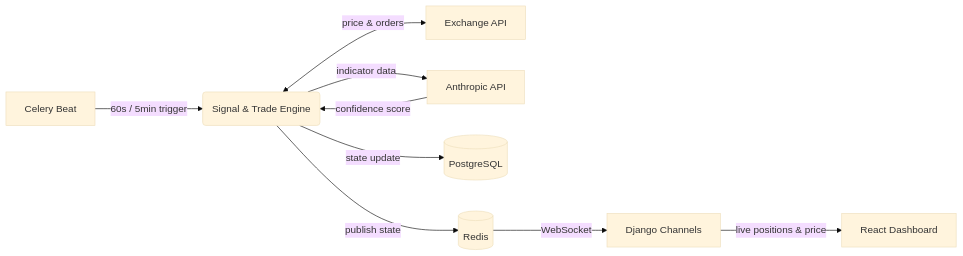
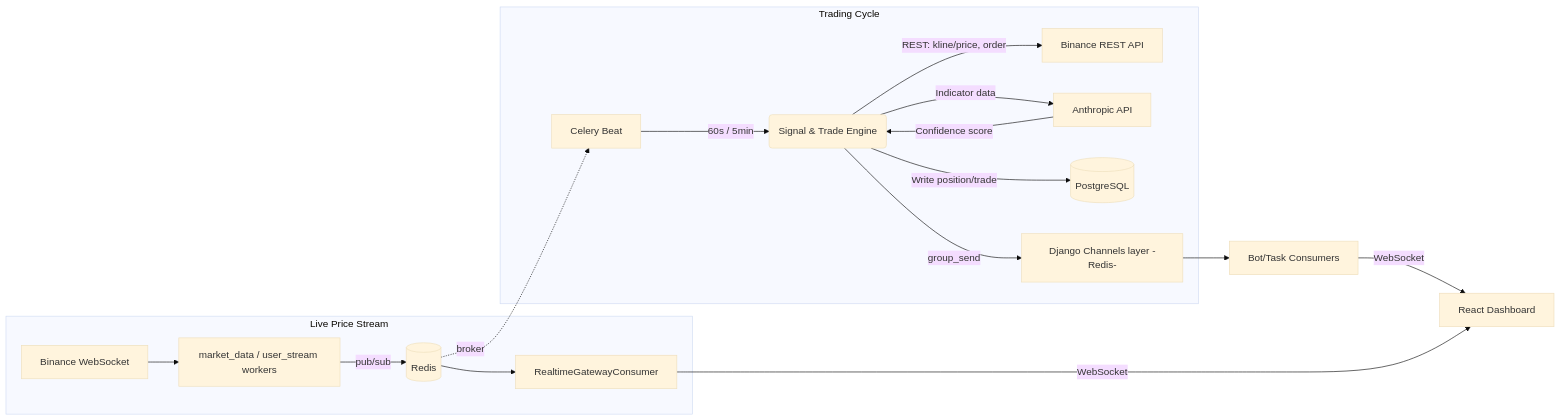
Before and after one commit to colonel51/colonel51: the second of 4 diagrams in README.md, drawn with Mermaid (base theme). The commit also changed other lines of this file, not shown here.

Commit message:
Replace flagship diagrams with more detailed architecture flows (auth, cache/session DBs, dual notification paths)

````diff
--- a/README.md
+++ b/README.md
@@ -96,11 +121,23 @@
 ```mermaid
 graph LR
-    Beat[Celery Beat] -->|60s / 5min trigger| Engine(Signal & Trade Engine)
-    Engine <-->|price & orders| Binance[Exchange API]
-    Engine -->|indicator data| AI[Anthropic API]
-    AI -->|confidence score| Engine
-    Engine -->|state update| DB[(PostgreSQL)]
-    Engine -->|publish state| Redis[(Redis)]
-    Redis -->|WebSocket| Channels[Django Channels]
-    Channels -->|live positions & price| React[React Dashboard]
+    subgraph Trading Cycle
+    Beat[Celery Beat] -->|60s / 5min| Engine(Signal & Trade Engine)
+    Engine -->|REST: kline/price, order| BinanceREST[Binance REST API]
+    Engine -->|Indicator data| AI[Anthropic API]
+    AI -->|Confidence score| Engine
+    Engine -->|Write position/trade| DB[(PostgreSQL)]
+    Engine -->|group_send| ChannelLayer
+    end
+
+    subgraph Live Price Stream
+    BinanceWS[Binance WebSocket] --> MDWorker[market_data / user_stream workers]
+    MDWorker -->|pub/sub| Redis[(Redis)]
+    Redis --> GatewayConsumer[RealtimeGatewayConsumer]
+    end
+
+    ChannelLayer[Django Channels layer -Redis-] --> Consumers[Bot/Task Consumers]
+    Consumers -->|WebSocket| React[React Dashboard]
+    GatewayConsumer -->|WebSocket| React
+
+    Redis -.->|broker| Beat
 ```
````
